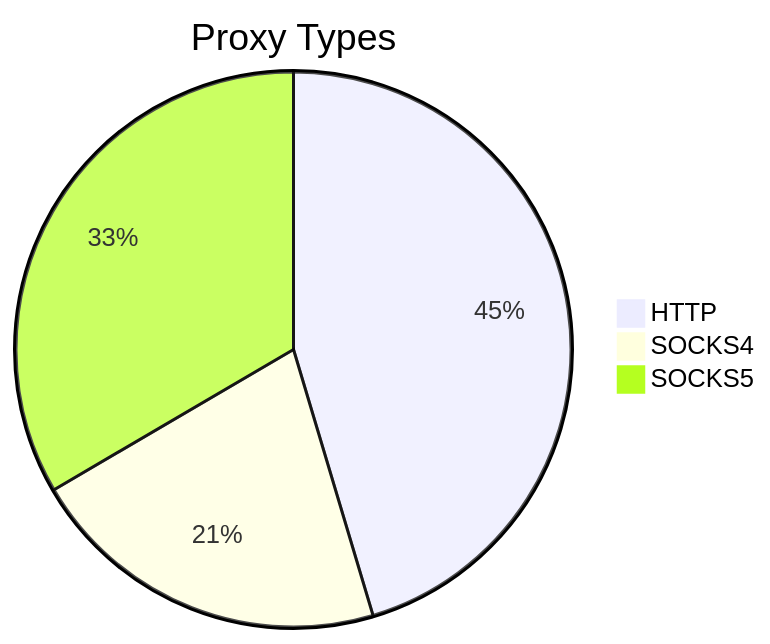
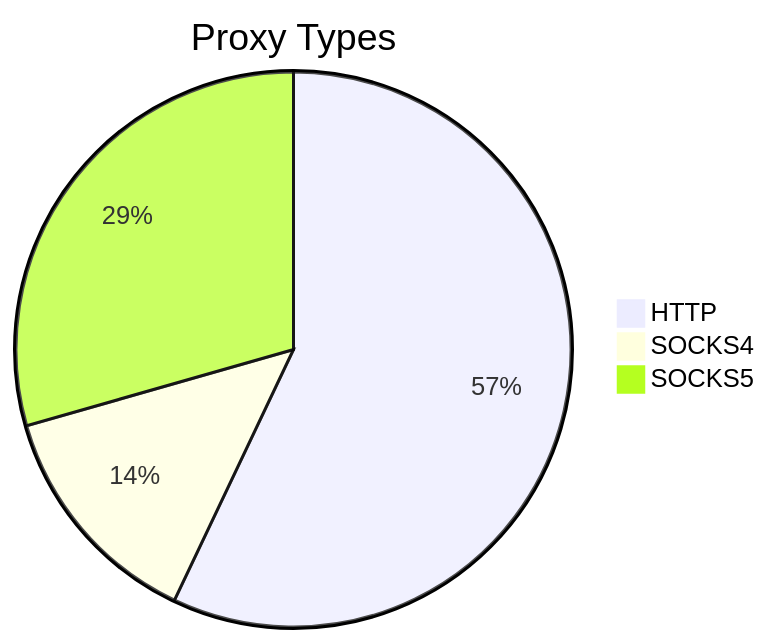
The first of 2 diagrams in README.md (stormsia/proxy-list), drawn with Mermaid before and after one commit. The commit also changed other lines of this file, not shown here.

````diff
--- a/README.md
+++ b/README.md
@@ -21,6 +21,6 @@
 ```mermaid
 pie title Proxy Types
-    "HTTP" : 319
-    "SOCKS4" : 149
-    "SOCKS5" : 235
+    "HTTP" : 380
+    "SOCKS4" : 90
+    "SOCKS5" : 196
 ```
````
